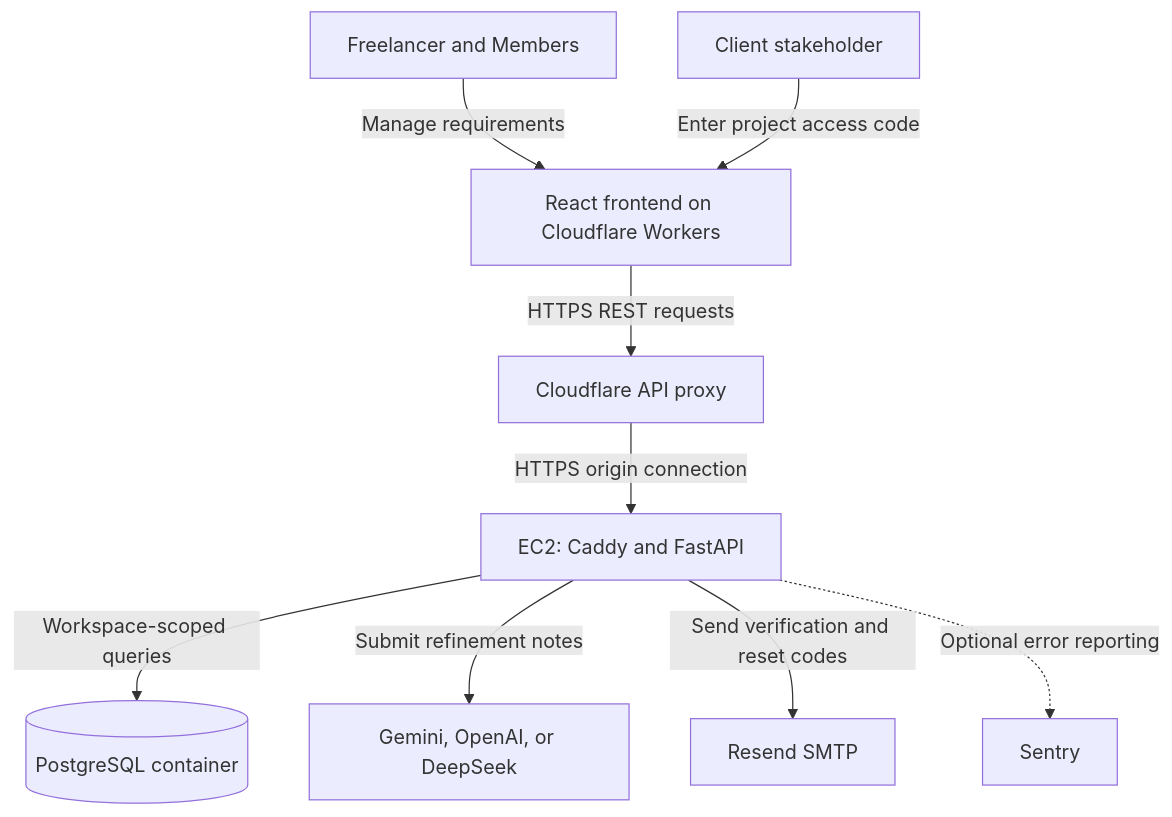
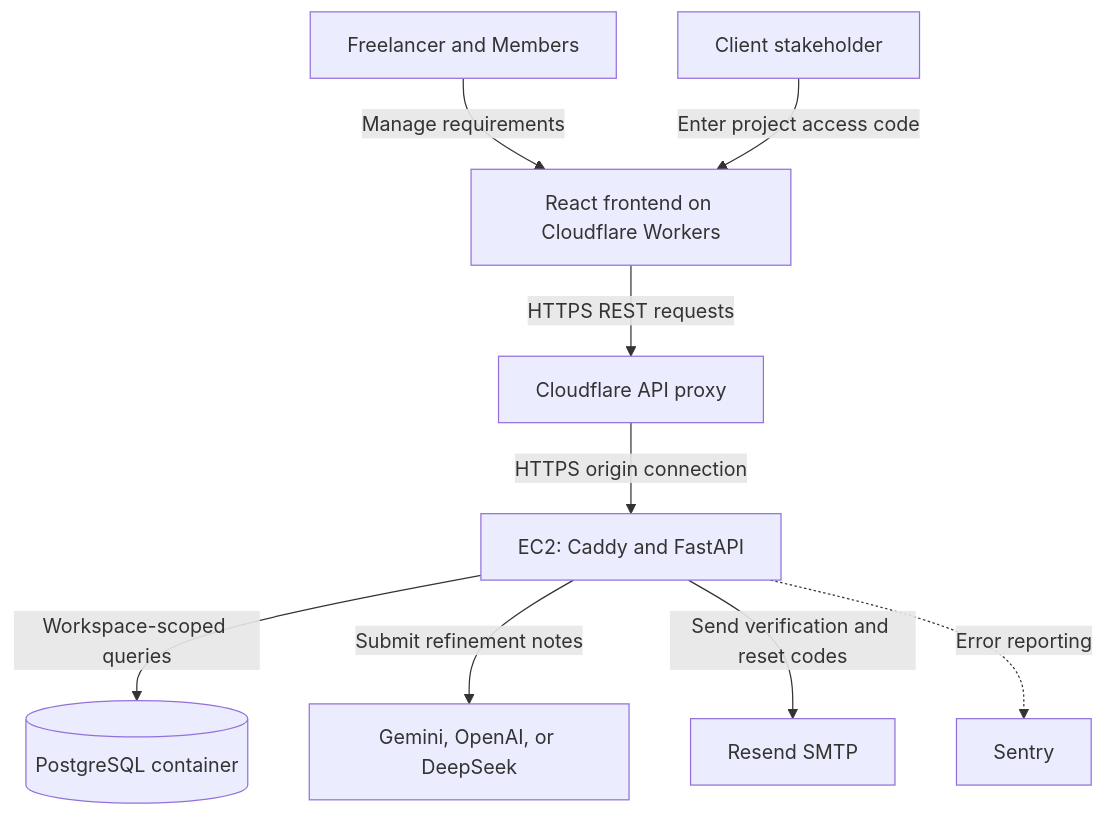
Before and after one commit to alonsovndev/open-projects-hub-docs: the first of 2 diagrams in docs/03-architecture/core/architecture-solution-design.md, drawn with Mermaid. The commit also changed other lines of this file and 14 other files, not shown here.

````diff
--- a/docs/03-architecture/core/architecture-solution-design.md
+++ b/docs/03-architecture/core/architecture-solution-design.md
@@ -47,11 +47,11 @@
 ```mermaid
 flowchart TB
     team[Freelancer and Members] -->|Manage requirements| frontend[React frontend on Cloudflare Workers]
     client[Client stakeholder] -->|Enter project access code| frontend
     frontend -->|HTTPS REST requests| edge[Cloudflare API proxy]
     edge -->|HTTPS origin connection| api[EC2: Caddy and FastAPI]
     api -->|Workspace-scoped queries| database[(PostgreSQL container)]
     api -->|Submit refinement notes| providers[Gemini, OpenAI, or DeepSeek]
     api -->|Send verification and reset codes| mail[Resend SMTP]
-    api -.->|Optional error reporting| sentry[Sentry]
+    api -.->|Error reporting| sentry[Sentry]
 ```
````
